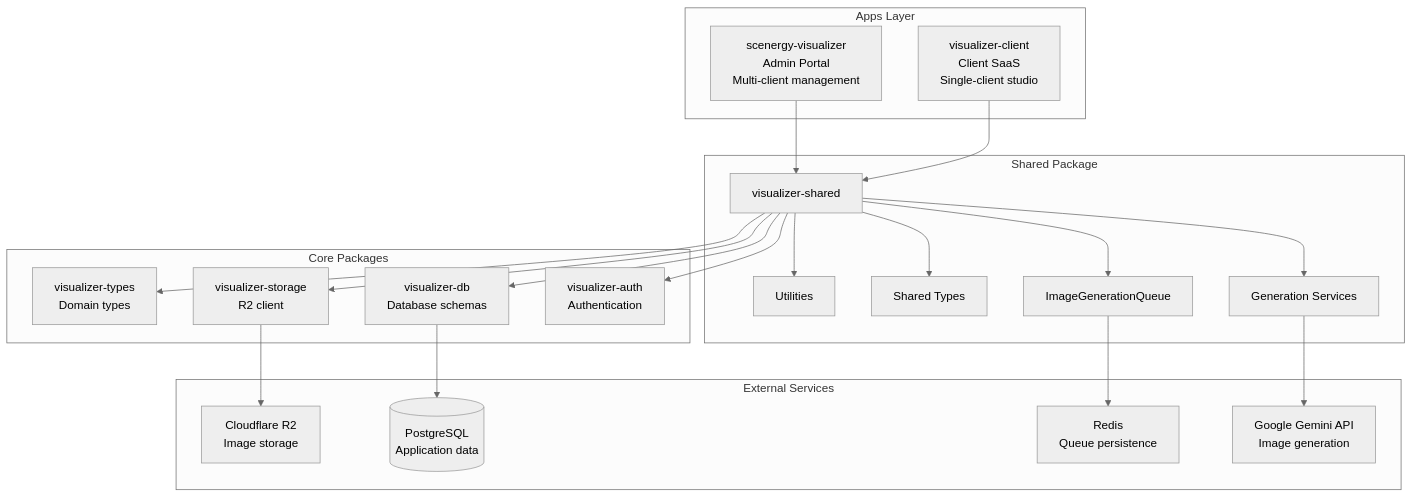
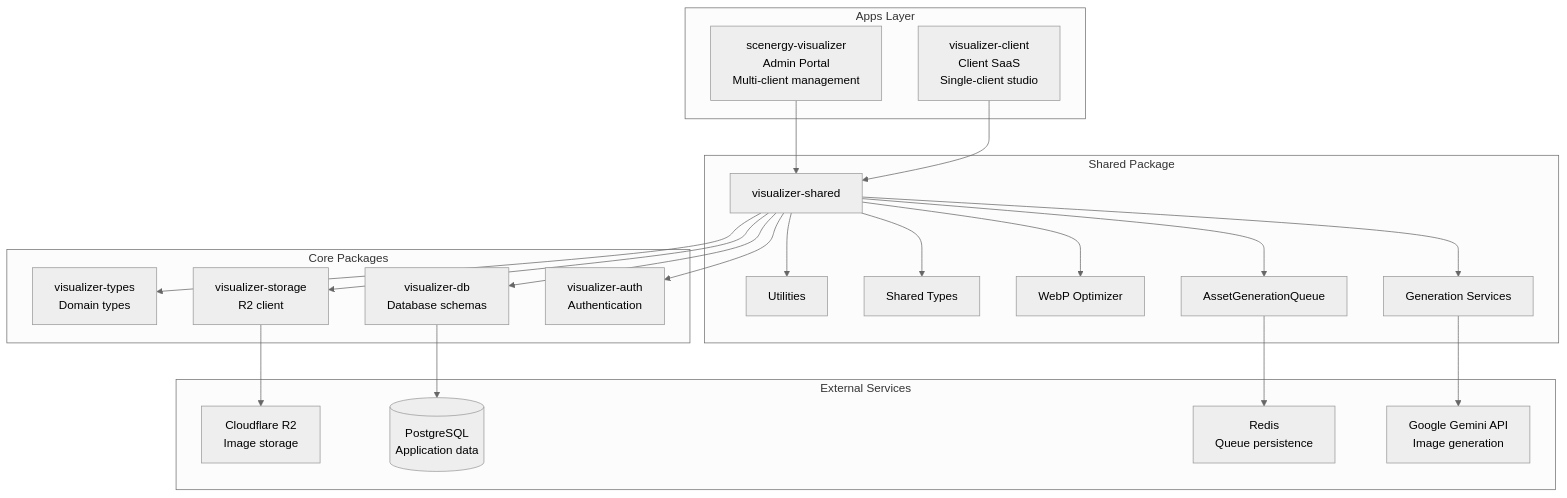
Before and after one commit to shlior7/epox-monorepo: the first of 3 diagrams in apps/scenergy-visualizer/design-log/001-architecture-infrastructure.md, drawn with Mermaid (neutral theme). The commit also changed other lines of this file and 11 other files, not shown here.

````diff
--- a/apps/scenergy-visualizer/design-log/001-architecture-infrastructure.md
+++ b/apps/scenergy-visualizer/design-log/001-architecture-infrastructure.md
@@ -95,41 +414,42 @@
 ```mermaid
 graph TB
     subgraph "Apps Layer"
         AdminApp[scenergy-visualizer<br/>Admin Portal<br/>Multi-client management]
         ClientApp[visualizer-client<br/>Client SaaS<br/>Single-client studio]
     end
 
     subgraph "Shared Package"
         SharedPkg[visualizer-shared]
         SharedPkg --> Services[Generation Services]
-        SharedPkg --> Queue[ImageGenerationQueue]
+        SharedPkg --> Queue[AssetGenerationQueue]
+        SharedPkg --> WebP[WebP Optimizer]
         SharedPkg --> Types[Shared Types]
         SharedPkg --> Utils[Utilities]
     end
 
     subgraph "Core Packages"
         Auth[visualizer-auth<br/>Authentication]
         DB[visualizer-db<br/>Database schemas]
         Storage[visualizer-storage<br/>R2 client]
         VisualizerTypes[visualizer-types<br/>Domain types]
     end
 
     subgraph "External Services"
         Gemini[Google Gemini API<br/>Image generation]
         R2[Cloudflare R2<br/>Image storage]
         Redis[Redis<br/>Queue persistence]
         Postgres[(PostgreSQL<br/>Application data)]
     end
 
     AdminApp --> SharedPkg
     ClientApp --> SharedPkg
     SharedPkg --> Auth
     SharedPkg --> DB
     SharedPkg --> Storage
     SharedPkg --> VisualizerTypes
 
     Services --> Gemini
     Storage --> R2
     Queue --> Redis
     DB --> Postgres
 ```
````
